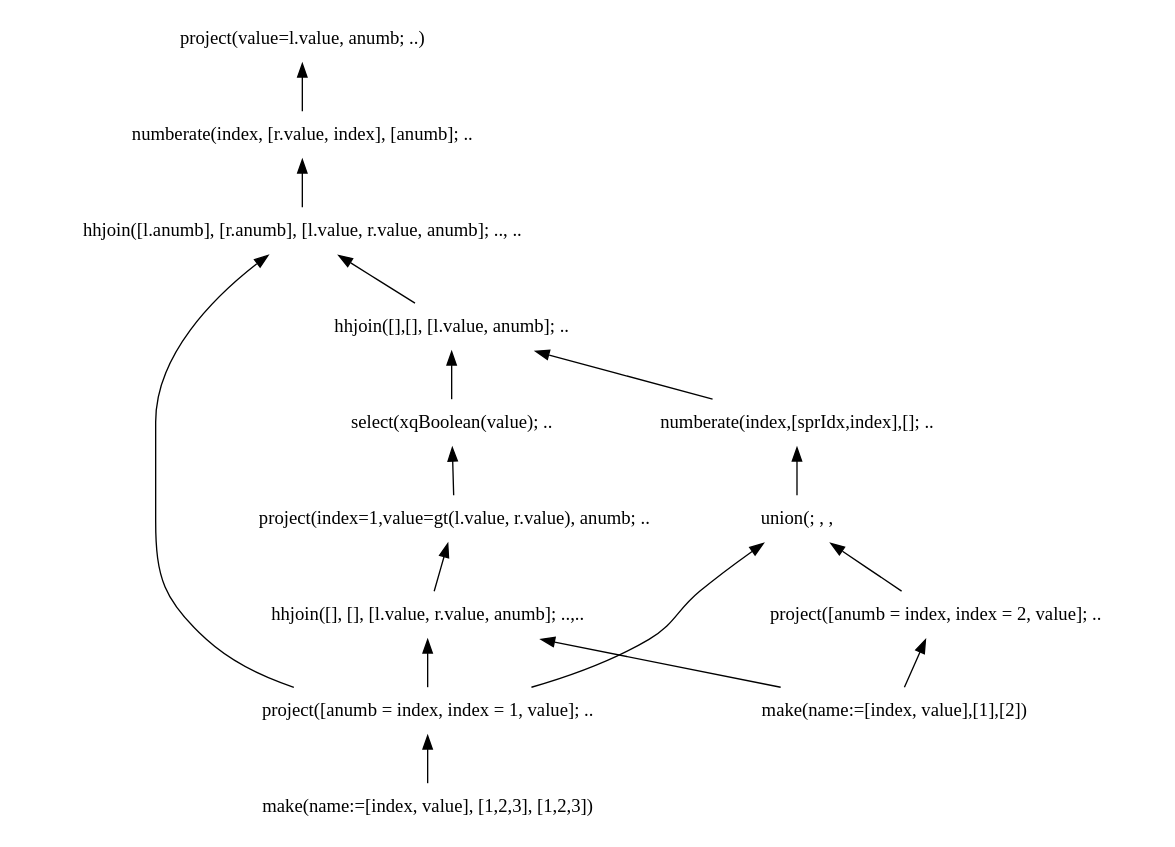
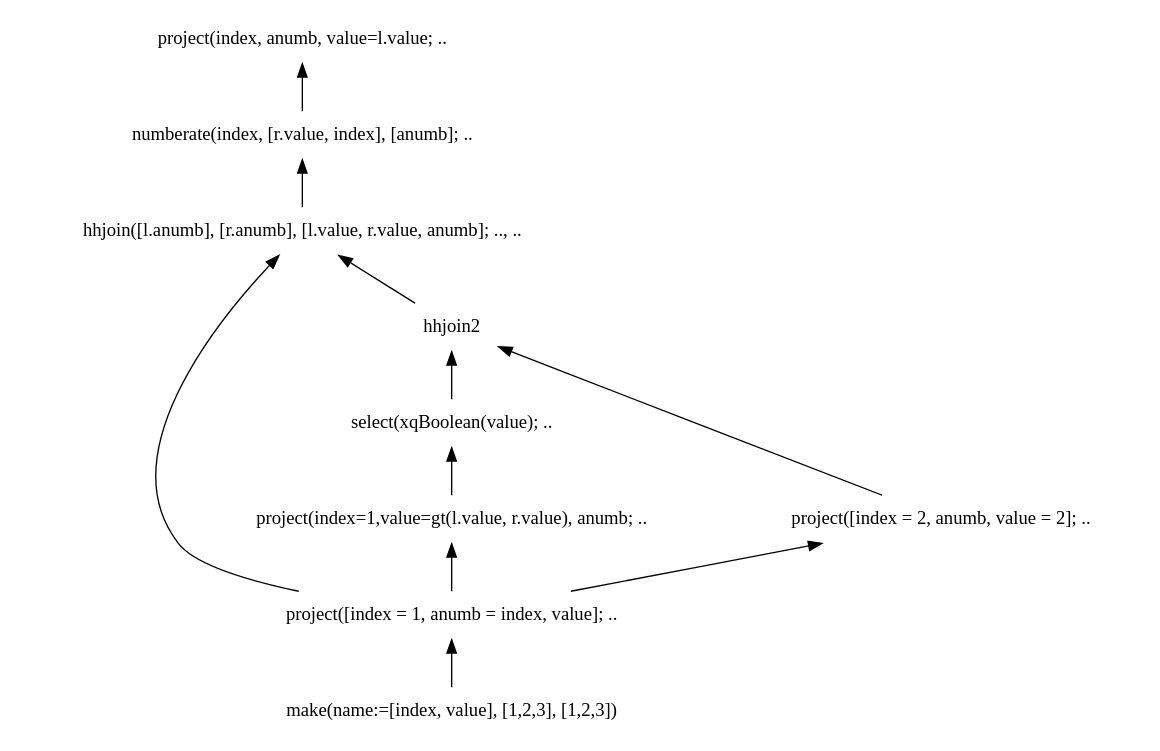
One commit to andrerav/xqft-parser changed the diagram in doc/graph_src/ext_flwor_dag.dot. Above: the diagram before and after it, drawn with Graphviz. The commit also changed 5 other files, not shown here.

```diff
--- a/doc/graph_src/ext_flwor_dag.dot
+++ b/doc/graph_src/ext_flwor_dag.dot
@@ -1,39 +1,44 @@
 digraph AST {
 edge [color=black, dir=both, weight=1, fontcolor=black, fontname=Helvetica, arrowhead=none,arrowtail=normal]
 node [shape=plaintext]
 
 // DAGifying nodes
 project123->make123;
 make123 [label="make(name:=[index, value], [1,2,3], [1,2,3])"];
-make2 [label="make(name:=[index, value],[1],[2])"];
-project123 [label="project([anumb = index, index = 1, value]; .."];
-project2 [label="project([anumb = index, index = 2, value]; .."];
-project2->make2;
+//make2 [label="make(name:=[index, value],[1],[2])"];
+project123 [label="project([index = 1, anumb = index, value]; .."];
+//project2 [label="project([index = 2, anumb = index, value]; .."];
+//project2->make2;
+
 
 // Ordinary nodes
-project1 [label="project(value=l.value, anumb; ..)"];
+project1 [label="project(index, anumb, value=l.value; .."];
 numberate1 [label="numberate(index, [r.value, index], [anumb]; .."];
 hhjoin1 [label="hhjoin([l.anumb], [r.anumb], [l.value, r.value, anumb]; .., .."];
-hhjoin2 [label="hhjoin([],[], [l.value, anumb]; .."];
+//hhjoin2 [label="hhjoin([],[], [l.value, anumb]; .."];
 
 select1 [label="select(xqBoolean(value); .."];
 project5 [label="project(index=1,value=gt(l.value, r.value), anumb; .."];
-hhjoin4 [label=" hhjoin([], [], [l.value, r.value, anumb]; ..,.."];
+//hhjoin4 [label=" hhjoin([], [], [l.value, r.value, anumb]; ..,.."];
 
-union1 [label="union(; , ,"]
-numberate2 [label="numberate(index,[sprIdx,index],[]; .."]
+project_compact [label="project([index = 2, anumb, value = 2]; .."]
 
-project1->numberate1;
-  numberate1->hhjoin1;
-    hhjoin1->hhjoin2;
-      hhjoin2->numberate2;
-        numberate2->union1;
-           union1->project123;
-           union1->project2;
-      hhjoin2->select1;
-        select1->project5;
-              project5->hhjoin4;
-                hhjoin4->project123;
-                hhjoin4->make2;
-    hhjoin1->project123;
+//union1 [label="union(; , ,"]
+//numberate2 [label="numberate(index,[sprIdx,index],[]; .."]
+
+project1->numberate1
+  numberate1->hhjoin1
+    hhjoin1->hhjoin2
+      hhjoin2->select1
+        select1->project5
+          project5->project123
+
+      //hhjoin2->numberate2
+        //numberate2->union1
+        hhjoin2->project_compact
+           project_compact->project123
+//              project5->hhjoin4
+//                hhjoin4->project123
+//                hhjoin4->make2
+    hhjoin1->project123
 }
```
